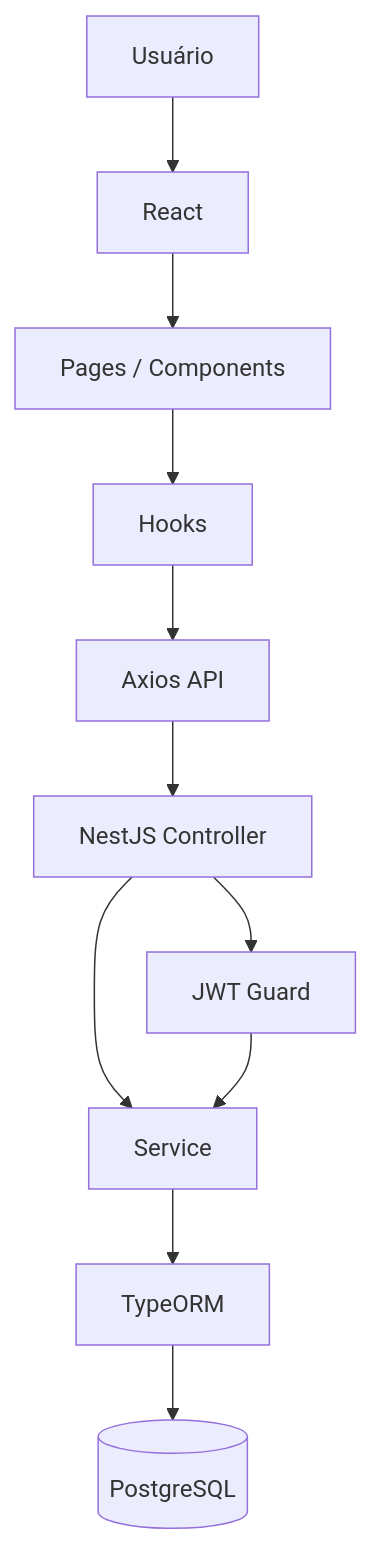
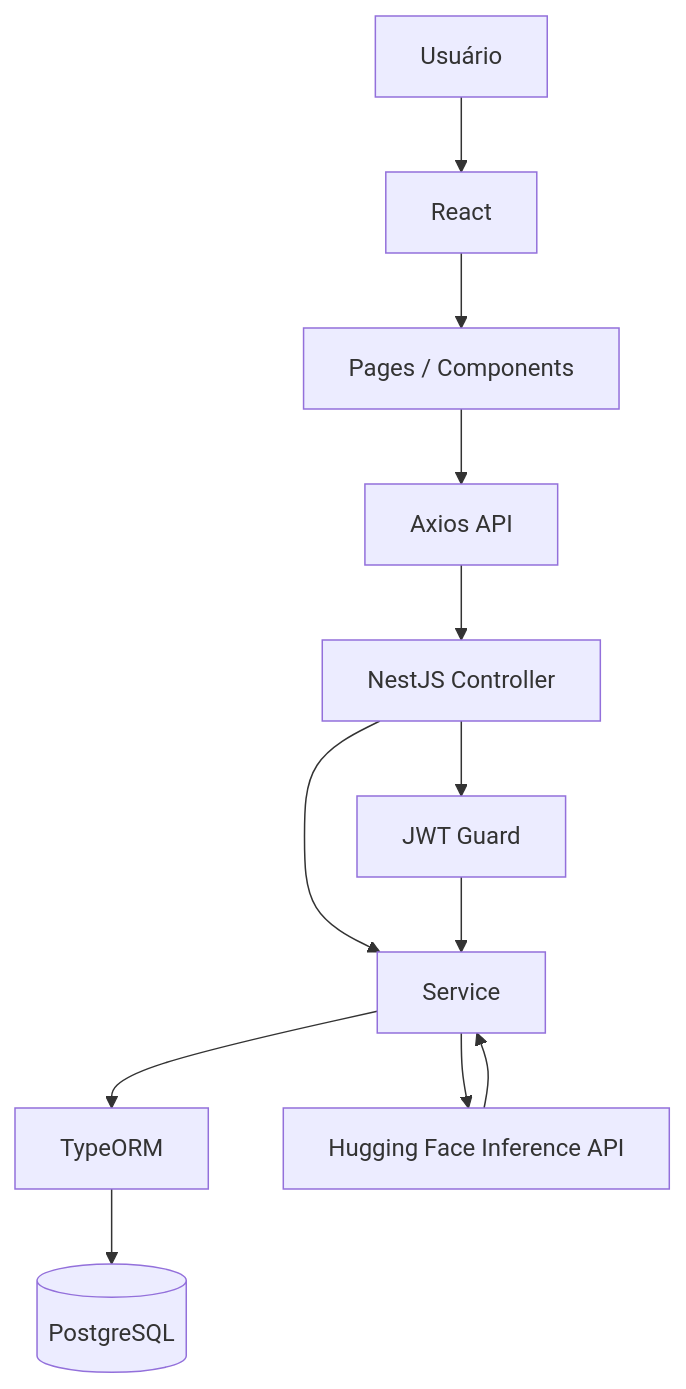
One commit to MiniDudi/encanto-ticket changed the diagram in README.md. Above: the diagram before and after it, drawn with Mermaid. The commit also changed other lines of this file, not shown here.

````diff
--- a/README.md
+++ b/README.md
@@ -39,14 +43,17 @@
 ```mermaid
 flowchart TD
     A[Usuário] --> B[React]
     B --> C[Pages / Components]
-    C --> D[Hooks]
-    D --> E[Axios API]
-    E --> F[NestJS Controller]
-    F --> G[Service]
-    G --> H[TypeORM]
-    H --> I[(PostgreSQL)]
+    C --> D[Axios API]
 
-    F --> J[JWT Guard]
-    J --> G
+    D --> E[NestJS Controller]
+    E --> F[Service]
+    F --> G[TypeORM]
+    G --> H[(PostgreSQL)]
+
+    E --> I[JWT Guard]
+    I --> F
+
+    F --> J[Hugging Face Inference API]
+    J --> F
 ```
````
